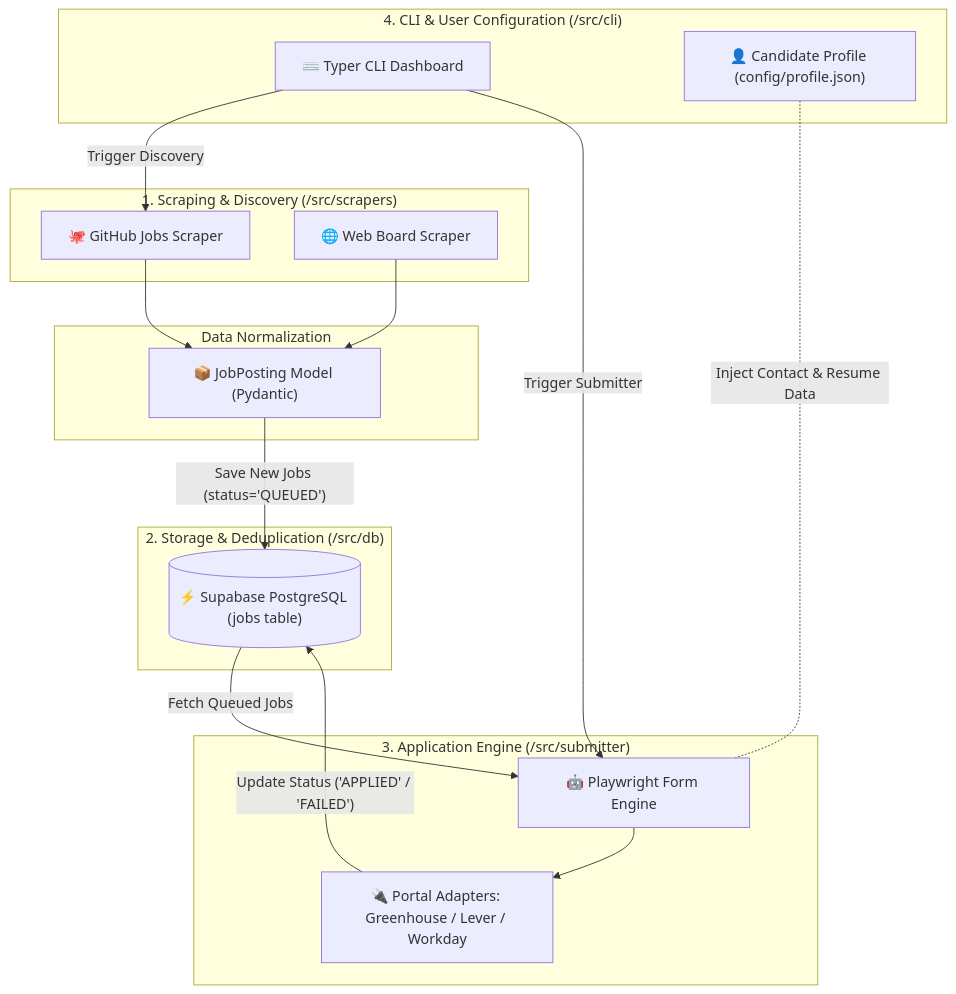
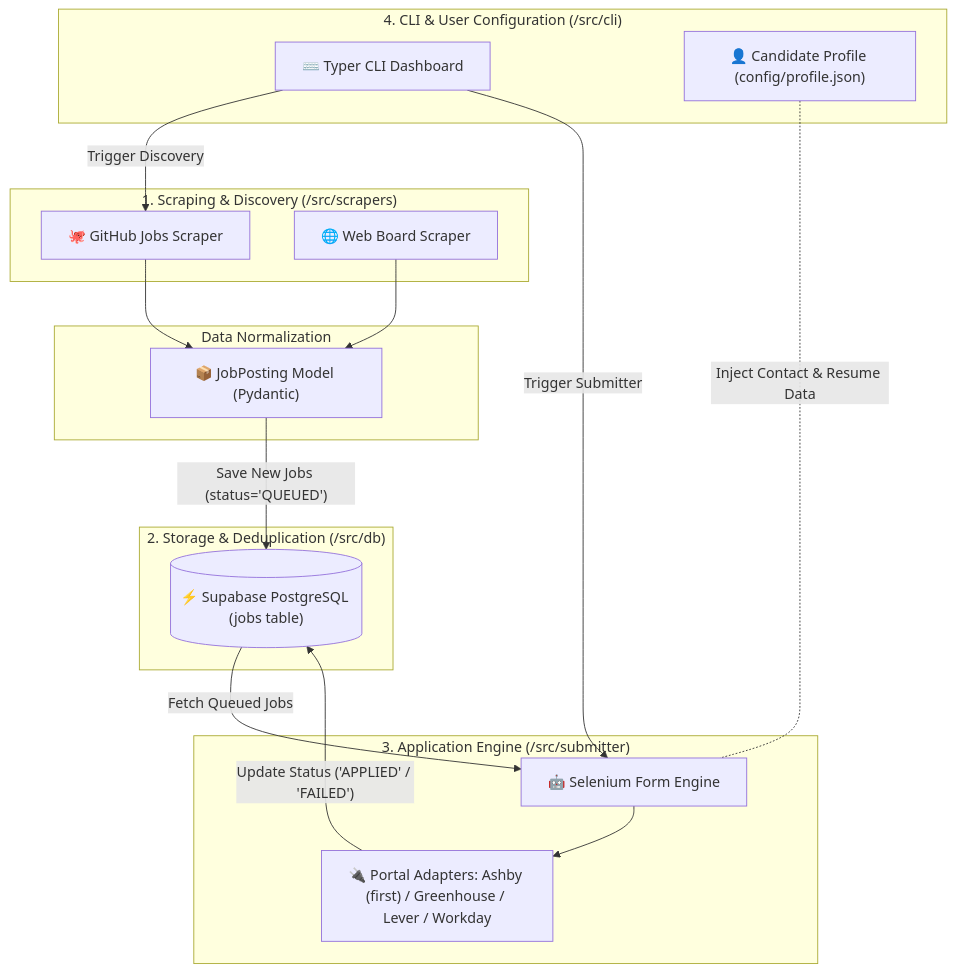
The diagram in docs/ARCHITECTURE.md (tsunar2002/job-automation), drawn with Mermaid before and after one commit. The commit also changed other lines of this file and 18 other files, not shown here.

````diff
--- a/docs/ARCHITECTURE.md
+++ b/docs/ARCHITECTURE.md
@@ -47,38 +47,38 @@
 ```mermaid
 flowchart TD
     subgraph Discovery ["1. Scraping & Discovery (/src/scrapers)"]
         A["🐙 GitHub Jobs Scraper"]
         B["🌐 Web Board Scraper"]
     end
 
     subgraph Data ["Data Normalization"]
         D["📦 JobPosting Model (Pydantic)"]
     end
 
     subgraph Database ["2. Storage & Deduplication (/src/db)"]
         E[("⚡ Supabase PostgreSQL (jobs table)")]
     end
 
     subgraph Submitter ["3. Application Engine (/src/submitter)"]
-        G["🤖 Playwright Form Engine"]
-        H["🔌 Portal Adapters: Greenhouse / Lever / Workday"]
+        G["🤖 Selenium Form Engine"]
+        H["🔌 Portal Adapters: Ashby (first) / Greenhouse / Lever / Workday"]
     end
 
     subgraph CLI ["4. CLI & User Configuration (/src/cli)"]
         I["⌨️ Typer CLI Dashboard"]
         P["👤 Candidate Profile (config/profile.json)"]
     end
 
     %% Data Flow
     A --> D
     B --> D
     D -->|"Save New Jobs (status='QUEUED')"| E
     E -->|"Fetch Queued Jobs"| G
     G --> H
     H -->|"Update Status ('APPLIED' / 'FAILED')"| E
     P -.-|"Inject Contact & Resume Data"| G
 
     %% Control Triggers
     I -->|"Trigger Discovery"| A
     I -->|"Trigger Submitter"| G
 ```
````
